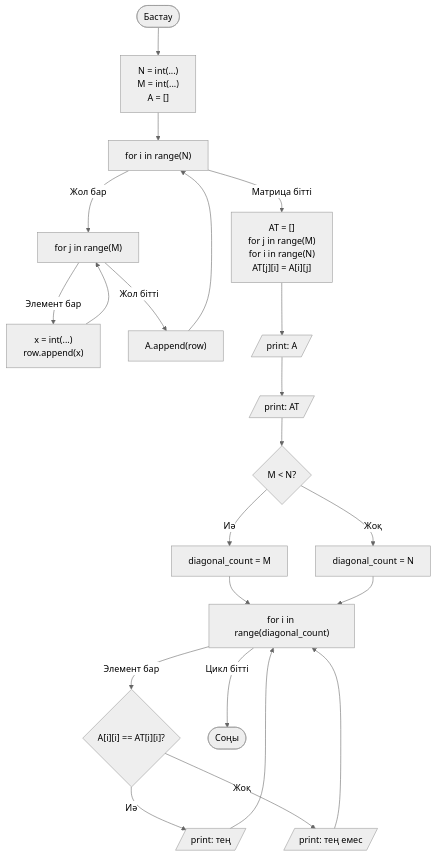
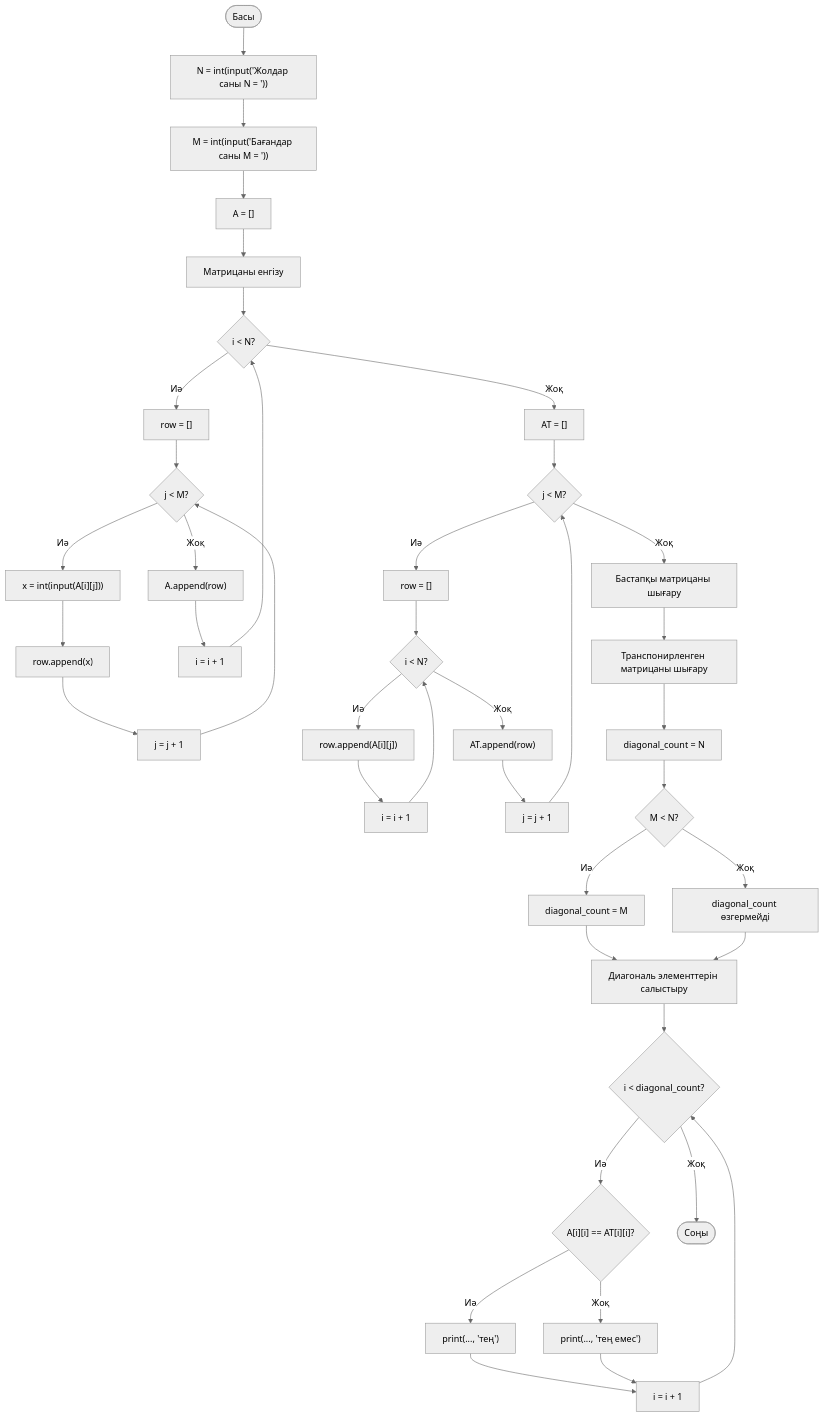
Before and after one commit to aanakuanys/blok-schema: the third of 3 diagrams in README.md, drawn with Mermaid (neutral theme). The commit also changed other lines of this file, not shown here.

Commit message:
Replace mermaid diagrams with flowcharts

````diff
--- a/README.md
+++ b/README.md
@@ -71,26 +70,49 @@
 ```mermaid
-   graph TD
-    Start([Бастау]) --> Input["N = int(...) <br/> M = int(...) <br/> A = []"]
-    
-    Input --> LoopN["for i in range(N)"]
-    LoopN -- "Жол бар" --> LoopM["for j in range(M)"]
-    LoopM -- "Элемент бар" --> ReadX["x = int(...) <br/> row.append(x)"] --> LoopM
-    
-    LoopM -- "Жол бітті" --> AppA["A.append(row)"] --> LoopN
-    
-    LoopN -- "Матрица бітті" --> Trans["AT = [] <br/> for j in range(M) <br/> for i in range(N) <br/> AT[j][i] = A[i][j]"]
-    
-    Trans --> PrintA[/print: A/]
-    PrintA --> PrintAT[/print: AT/]
-    
-    PrintAT --> CheckM{"M < N?"}
-    CheckM -- "Иә" --> SetM["diagonal_count = M"] --> DiagLoop
-    CheckM -- "Жоқ" --> SetN["diagonal_count = N"] --> DiagLoop
-    
-    DiagLoop["for i in range(diagonal_count)"] -- "Элемент бар" --> CheckEq{"A[i][i] == AT[i][i]?"}
-    
-    CheckEq -- "Иә" --> PrintEq[/print: тең/] --> DiagLoop
-    CheckEq -- "Жоқ" --> PrintNotEq[/print: тең емес/] --> DiagLoop
-    
-    DiagLoop -- "Цикл бітті" --> End([Соңы])
+flowchart TD
+    A([Басы]) --> B["N = int(input('Жолдар саны N = '))"]
+    B --> C["M = int(input('Бағандар саны M = '))"]
+    C --> D["A = []"]
+    D --> E["Матрицаны енгізу"]
+
+    E --> F{"i < N?"}
+    F -->|Иә| G["row = []"]
+    G --> H{"j < M?"}
+    H -->|Иә| I["x = int(input(A[i][j]))"]
+    I --> J["row.append(x)"]
+    J --> K["j = j + 1"]
+    K --> H
+    H -->|Жоқ| L["A.append(row)"]
+    L --> M["i = i + 1"]
+    M --> F
+
+    F -->|Жоқ| N["AT = []"]
+    N --> O{"j < M?"}
+    O -->|Иә| P["row = []"]
+    P --> Q{"i < N?"}
+    Q -->|Иә| R["row.append(A[i][j])"]
+    R --> S["i = i + 1"]
+    S --> Q
+    Q -->|Жоқ| T["AT.append(row)"]
+    T --> U["j = j + 1"]
+    U --> O
+
+    O -->|Жоқ| V["Бастапқы матрицаны шығару"]
+    V --> W["Транспонирленген матрицаны шығару"]
+
+    W --> X["diagonal_count = N"]
+    X --> Y{"M < N?"}
+    Y -->|Иә| Z["diagonal_count = M"]
+    Y -->|Жоқ| AA["diagonal_count өзгермейді"]
+    Z --> AB["Диагональ элементтерін салыстыру"]
+    AA --> AB
+
+    AB --> AC{"i < diagonal_count?"}
+    AC -->|Иә| AD{"A[i][i] == AT[i][i]?"}
+    AD -->|Иә| AE["print(..., 'тең')"]
+    AD -->|Жоқ| AF["print(..., 'тең емес')"]
+    AE --> AG["i = i + 1"]
+    AF --> AG
+    AG --> AC
+
+    AC -->|Жоқ| AH([Соңы])
 ```
````
